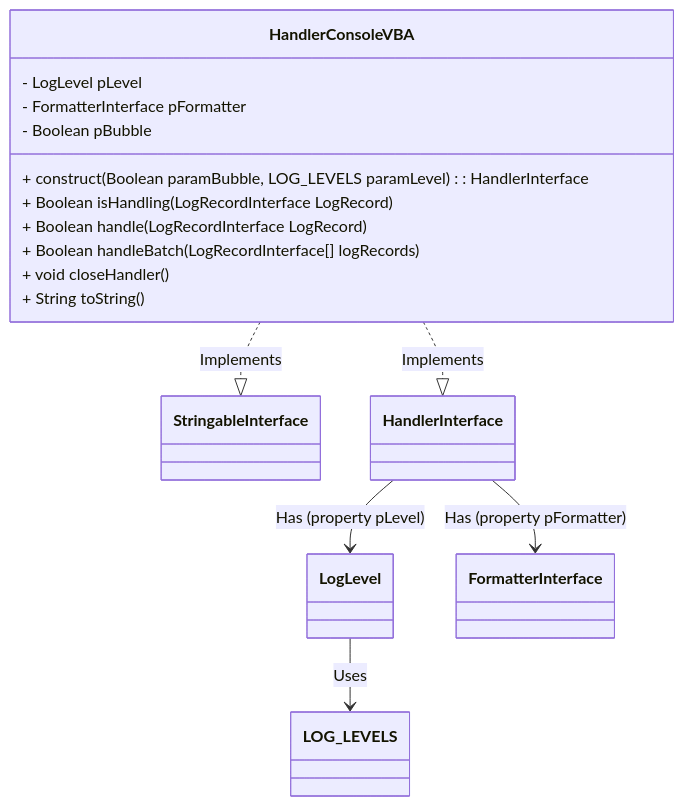
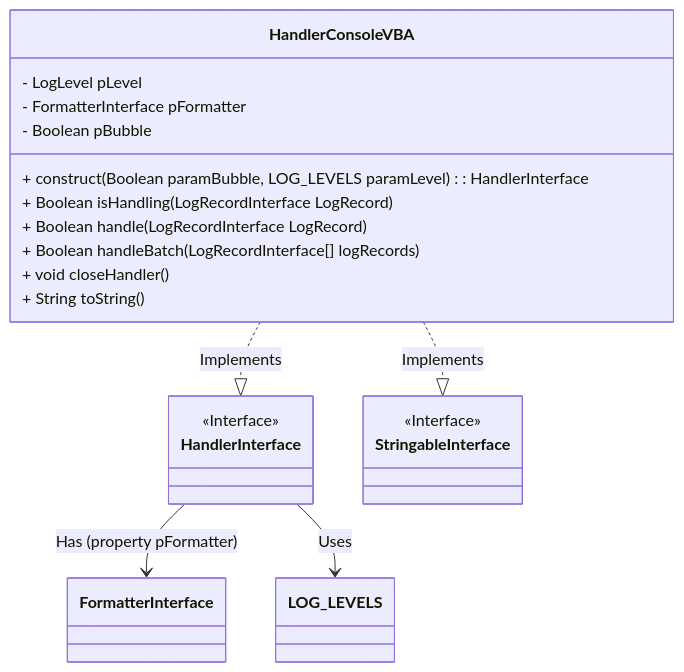
One commit to 6i-software/vba-monologger changed the second of 4 diagrams in docs/src/under-the-hood/handler.md. Above: the diagram before and after it, drawn with Mermaid. The commit also changed other lines of this file and 20 other files, not shown here.

````diff
--- a/docs/src/under-the-hood/handler.md
+++ b/docs/src/under-the-hood/handler.md
@@ -108,24 +96,31 @@
 ```mermaid
 classDiagram
     direction TB
     
     class HandlerConsoleVBA {
         - LogLevel pLevel
         - FormatterInterface pFormatter
         - Boolean pBubble
     
         + construct(Boolean paramBubble, LOG_LEVELS paramLevel): HandlerInterface
         + Boolean isHandling(LogRecordInterface LogRecord)
         + Boolean handle(LogRecordInterface LogRecord)
         + Boolean handleBatch(LogRecordInterface[] logRecords)
         + void closeHandler()
         + String toString() 
     }
+
+    class HandlerInterface {
+        <<Interface>>
+    }
+
+    class StringableInterface {
+        <<Interface>>
+    }    
     
     %% Implementations and relationships
     HandlerConsoleVBA ..|> StringableInterface : Implements
     HandlerConsoleVBA ..|> HandlerInterface: Implements
-    HandlerInterface --> LogLevel : Has (property pLevel)
     HandlerInterface --> FormatterInterface : Has (property pFormatter)
-    LogLevel --> LOG_LEVELS : Uses
+    HandlerInterface --> LOG_LEVELS : Uses
 ```
````
